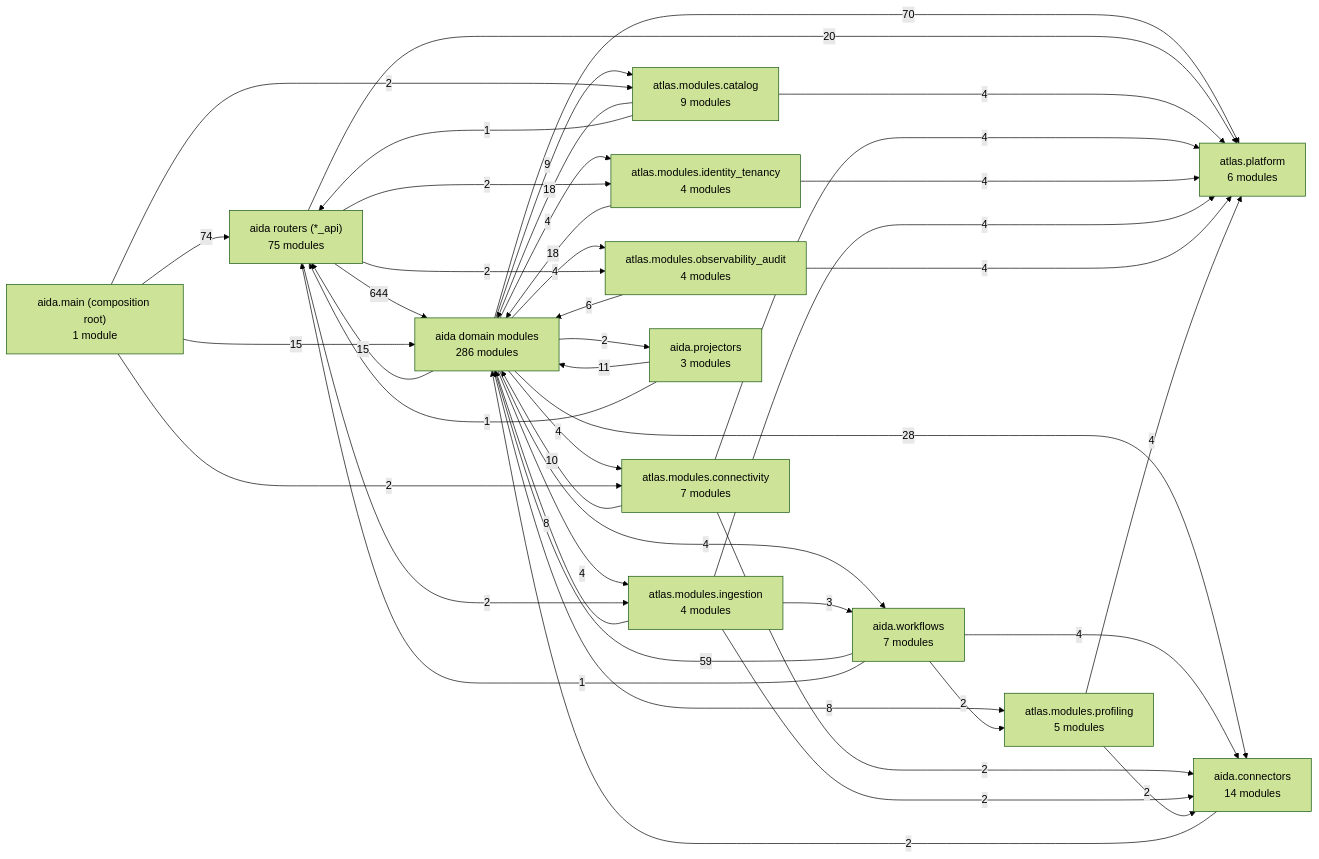
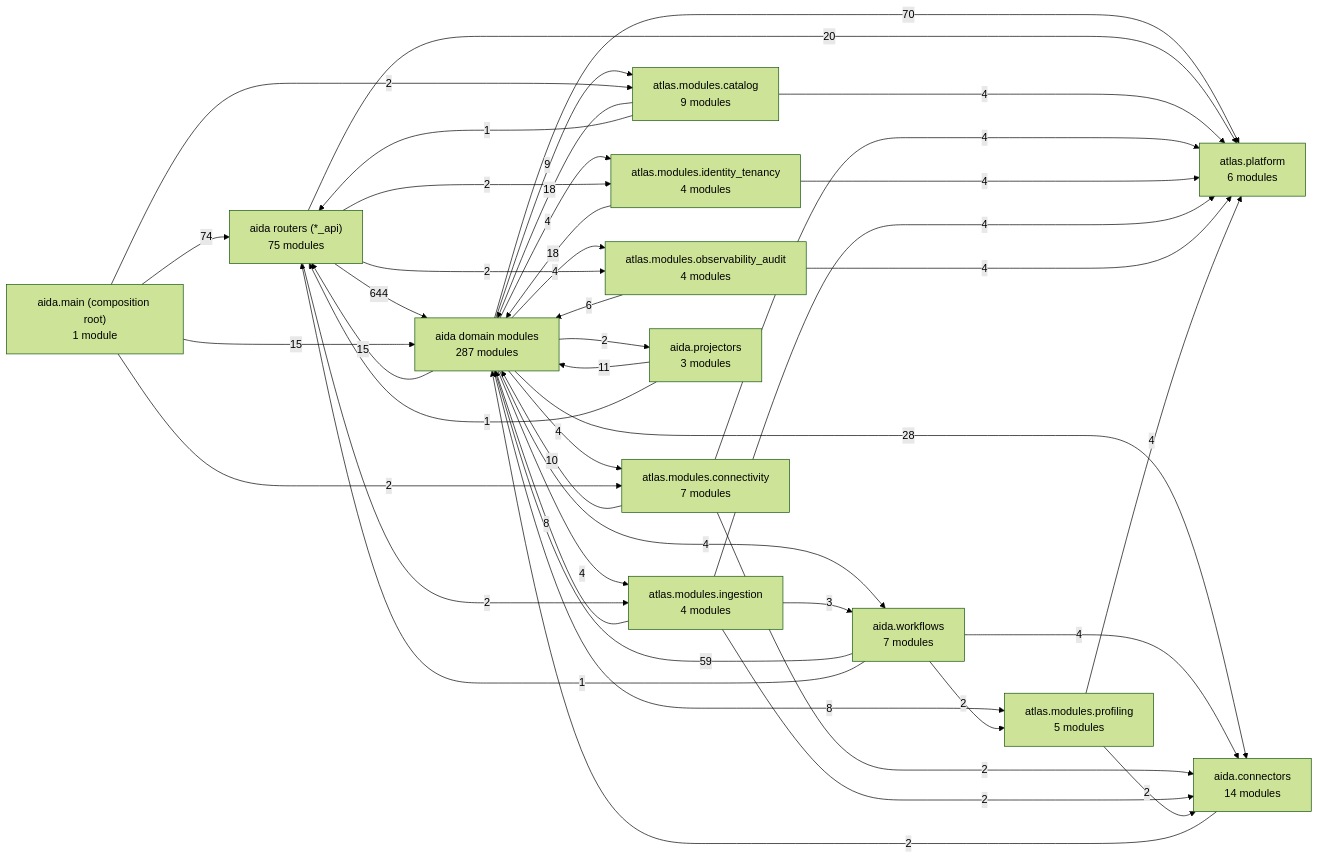
The first of 3 diagrams in Docs/10-architecture/14-generated-architecture-map.md (karuppusamym/AIDataAnalyst), drawn with Mermaid (forest theme) before and after one commit. The commit also changed other lines of this file and 10 other files, not shown here.

````diff
--- a/Docs/10-architecture/14-generated-architecture-map.md
+++ b/Docs/10-architecture/14-generated-architecture-map.md
@@ -48,59 +48,59 @@
 ```mermaid
 graph LR
   app["aida.main (composition root)<br/>1 module"]
   routers["aida routers (*_api)<br/>75 modules"]
-  domain["aida domain modules<br/>286 modules"]
+  domain["aida domain modules<br/>287 modules"]
   ctx_catalog["atlas.modules.catalog<br/>9 modules"]
   ctx_connectivity["atlas.modules.connectivity<br/>7 modules"]
   ctx_identity_tenancy["atlas.modules.identity_tenancy<br/>4 modules"]
   ctx_ingestion["atlas.modules.ingestion<br/>4 modules"]
   ctx_observability_audit["atlas.modules.observability_audit<br/>4 modules"]
   ctx_profiling["atlas.modules.profiling<br/>5 modules"]
   connectors["aida.connectors<br/>14 modules"]
   workflows["aida.workflows<br/>7 modules"]
   projectors["aida.projectors<br/>3 modules"]
   platform["atlas.platform<br/>6 modules"]
   routers -->|644| domain
   app -->|74| routers
   domain -->|70| platform
   workflows -->|59| domain
   domain -->|28| connectors
   routers -->|20| platform
   ctx_catalog -->|18| domain
   ctx_identity_tenancy -->|18| domain
   app -->|15| domain
   domain -->|15| routers
   projectors -->|11| domain
   ctx_connectivity -->|10| domain
   domain -->|9| ctx_catalog
   ctx_ingestion -->|8| domain
   domain -->|8| ctx_profiling
   ctx_observability_audit -->|6| domain
   ctx_catalog -->|4| platform
   ctx_connectivity -->|4| platform
   ctx_identity_tenancy -->|4| platform
   ctx_ingestion -->|4| platform
   ctx_observability_audit -->|4| platform
   ctx_profiling -->|4| platform
   domain -->|4| ctx_connectivity
   domain -->|4| ctx_identity_tenancy
   domain -->|4| ctx_ingestion
   domain -->|4| ctx_observability_audit
   domain -->|4| workflows
   workflows -->|4| connectors
   ctx_ingestion -->|3| workflows
   app -->|2| ctx_catalog
   app -->|2| ctx_connectivity
   connectors -->|2| domain
   ctx_connectivity -->|2| connectors
   ctx_ingestion -->|2| connectors
   ctx_profiling -->|2| connectors
   domain -->|2| projectors
   routers -->|2| ctx_identity_tenancy
   routers -->|2| ctx_ingestion
   routers -->|2| ctx_observability_audit
   workflows -->|2| ctx_profiling
   ctx_catalog -->|1| routers
   projectors -->|1| routers
   workflows -->|1| routers
 ```
````
